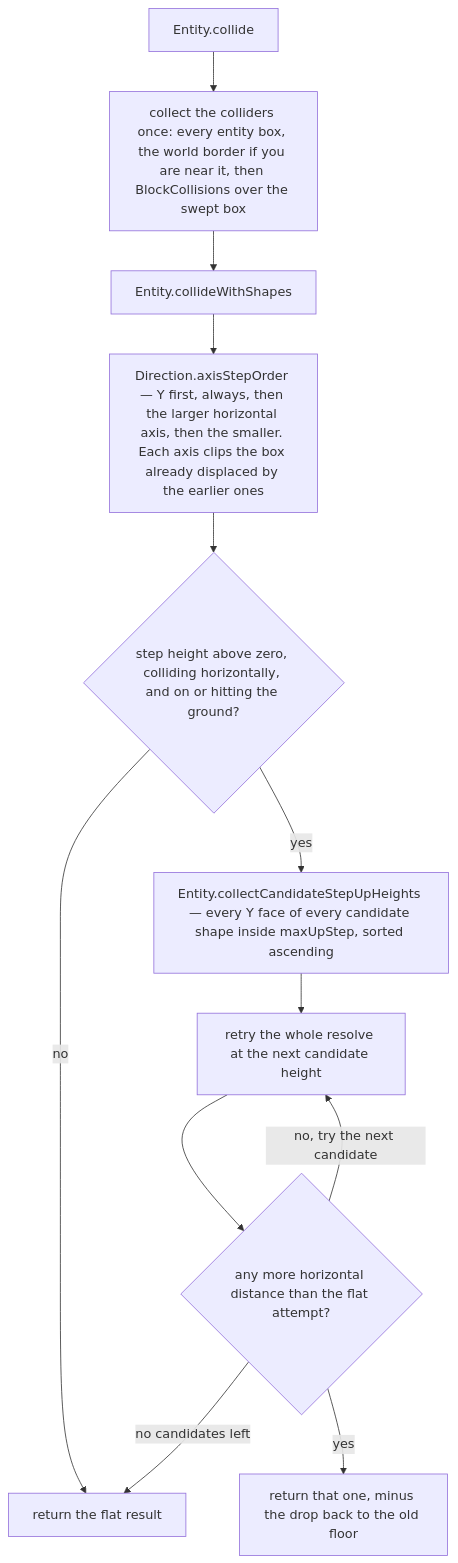
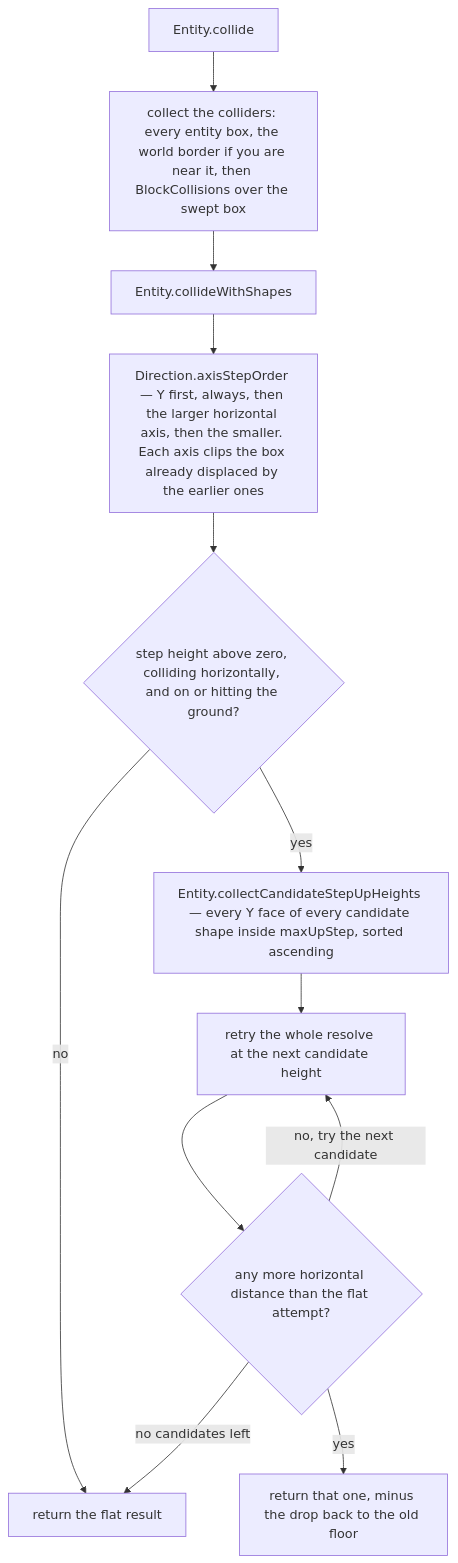
The second of 2 diagrams in src/systems/entities/movement-and-collision.md (AlexanderjFraser/MinecraftDocs), drawn with Mermaid before and after one commit. The commit also changed other lines of this file and 3 other files, not shown here.

````diff
--- a/src/systems/entities/movement-and-collision.md
+++ b/src/systems/entities/movement-and-collision.md
@@ -160,20 +166,20 @@
 ```mermaid
 flowchart TD
     COLLIDE["Entity.collide"]
-    GATHER["collect the colliders once: every entity box, the world border if you are near it, then BlockCollisions over the swept box"]
+    GATHER["collect the colliders: every entity box, the world border if you are near it, then BlockCollisions over the swept box"]
     RESOLVE["Entity.collideWithShapes"]
     AXIS["Direction.axisStepOrder — Y first, always, then the larger horizontal axis, then the smaller. Each axis clips the box already displaced by the earlier ones"]
     TEST{"step height above zero, colliding horizontally, and on or hitting the ground?"}
     FLAT["return the flat result"]
     HEIGHTS["Entity.collectCandidateStepUpHeights — every Y face of every candidate shape inside maxUpStep, sorted ascending"]
     RETRY["retry the whole resolve at the next candidate height"]
     MORE{"any more horizontal distance than the flat attempt?"}
     WIN["return that one, minus the drop back to the old floor"]
 
     COLLIDE --> GATHER --> RESOLVE --> AXIS --> TEST
     TEST -- no --> FLAT
     TEST -- yes --> HEIGHTS --> RETRY --> MORE
     MORE -- "no, try the next candidate" --> RETRY
     MORE -- "no candidates left" --> FLAT
     MORE -- yes --> WIN
 ```
````
